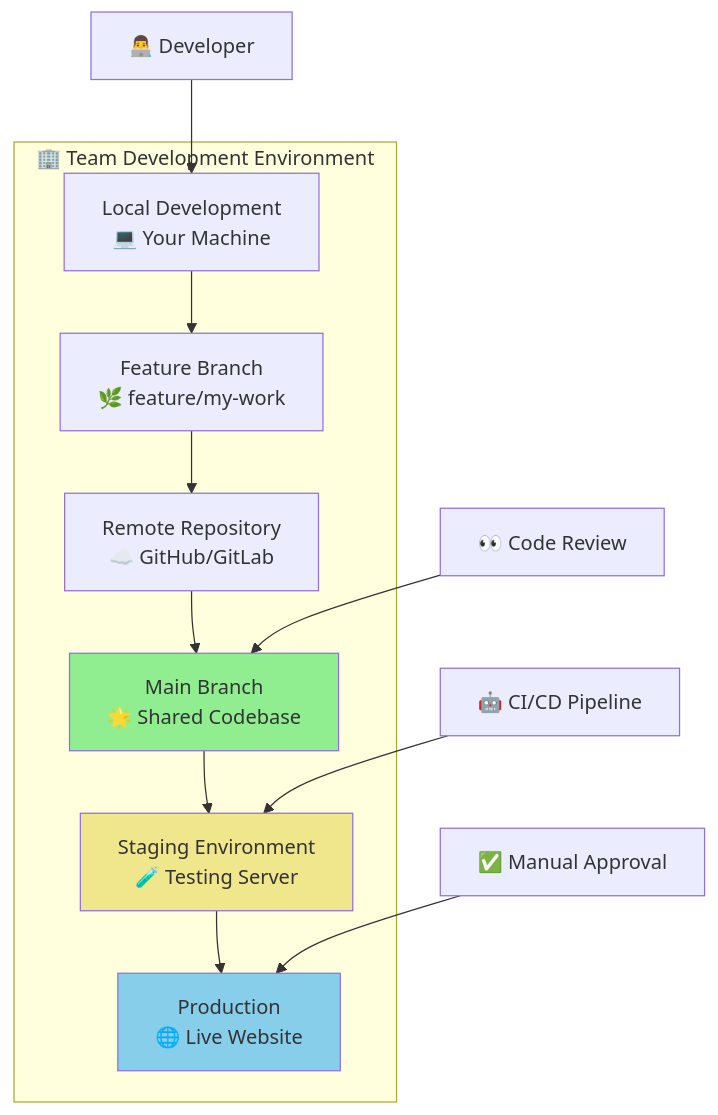
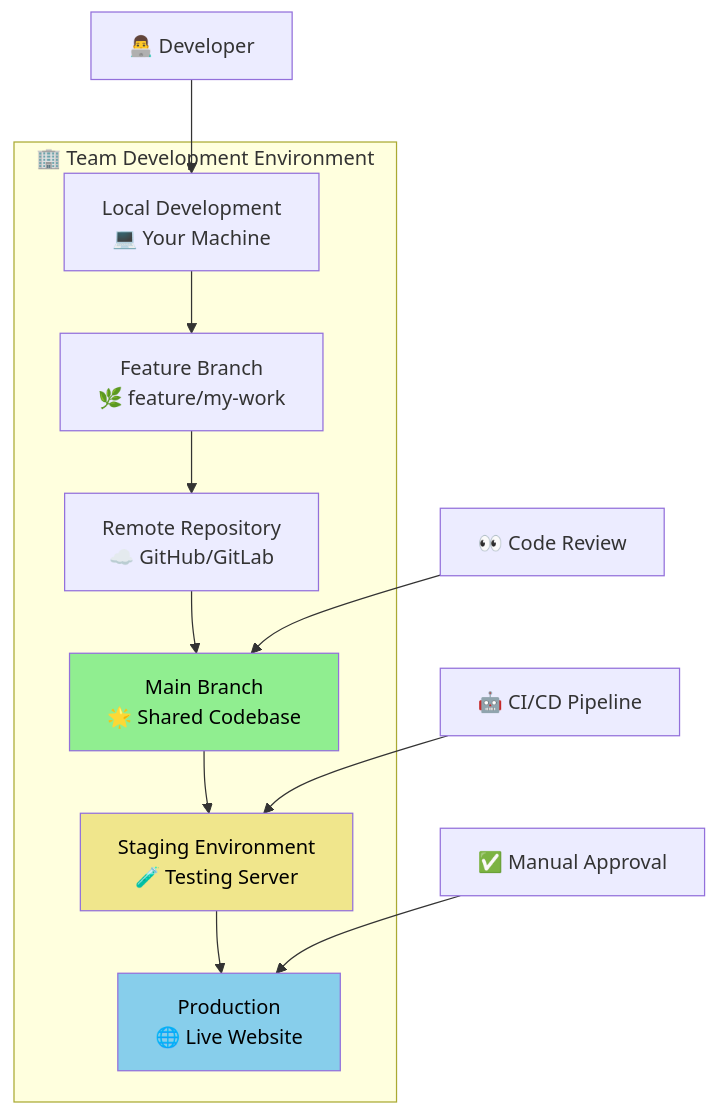
Before and after one commit to fightTone/GitBasic: the sixth of 11 diagrams in README.md, drawn with Mermaid. The commit also changed other lines of this file, not shown here.

Commit message:
readable diagrams

````diff
--- a/README.md
+++ b/README.md
@@ -278,26 +278,26 @@
 ```mermaid
 graph TB
     subgraph "🏢 Team Development Environment"
         A[Local Development<br/>💻 Your Machine]
         B[Feature Branch<br/>🌿 feature/my-work]
         C[Remote Repository<br/>☁️ GitHub/GitLab]
         D[Main Branch<br/>🌟 Shared Codebase]
         E[Staging Environment<br/>🧪 Testing Server]
         F[Production<br/>🌐 Live Website]
     end
     
     A --> B
     B --> C
     C --> D
     D --> E
     E --> F
     
     G[👨‍💻 Developer] --> A
     H[👀 Code Review] --> D
     I[🤖 CI/CD Pipeline] --> E
     J[✅ Manual Approval] --> F
     
-    style D fill:#90EE90
-    style F fill:#87CEEB
-    style E fill:#F0E68C
+    style D fill:#90EE90,color:#000000
+    style F fill:#87CEEB,color:#000000
+    style E fill:#F0E68C,color:#000000
 ```
````
